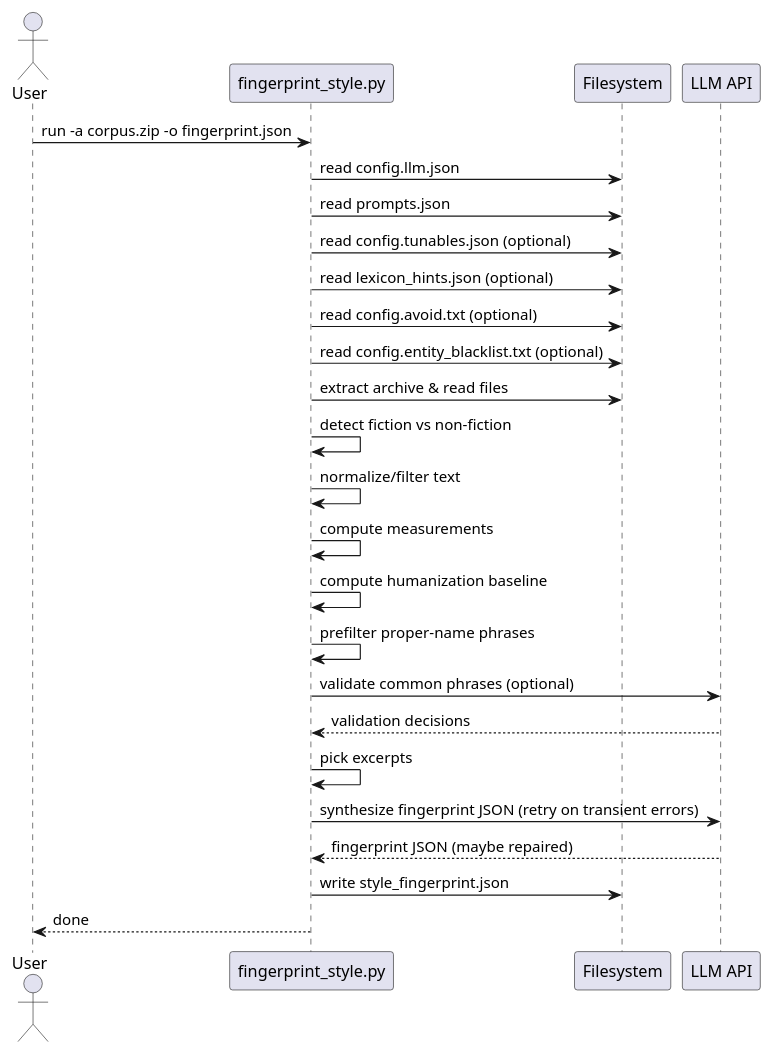
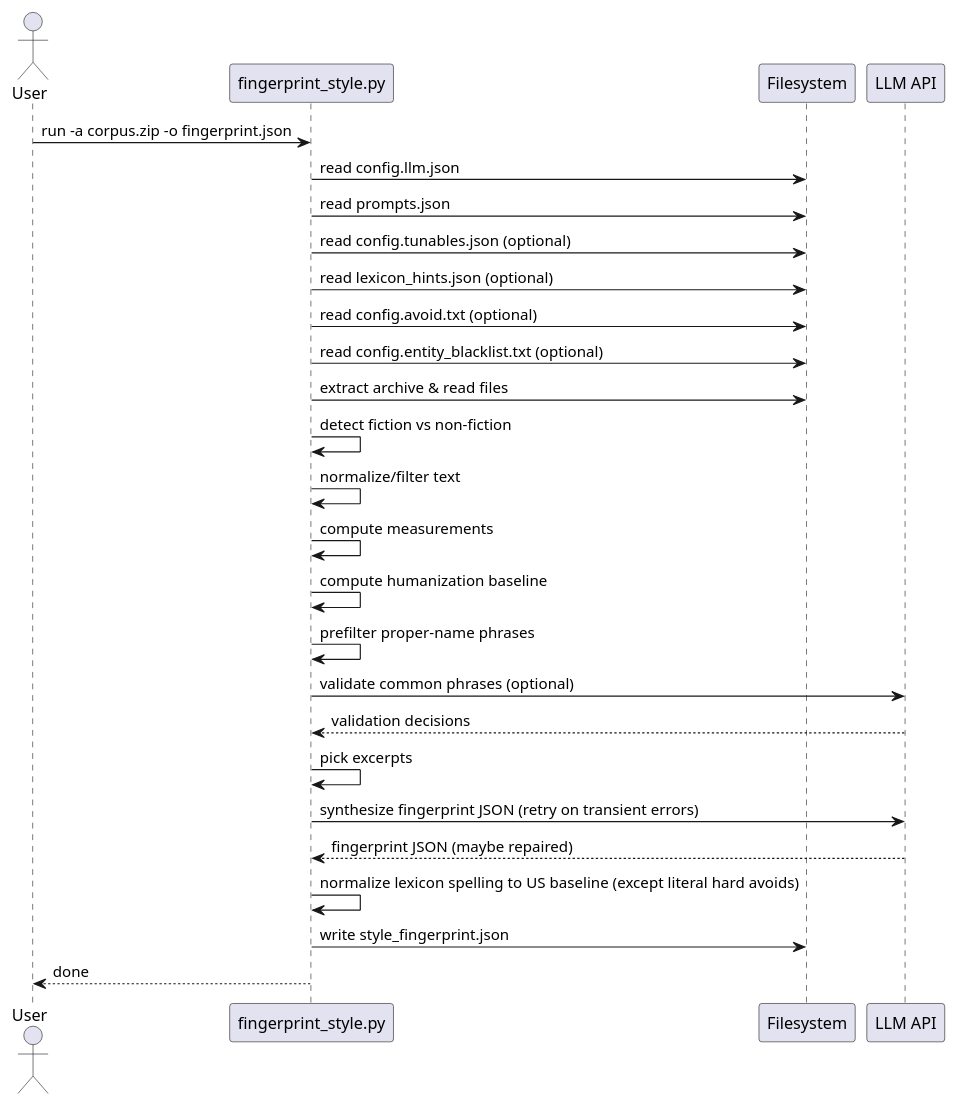
The third of 3 diagrams in UML-Fingerprint.md (ngpepin/stylometric-transfer), drawn with PlantUML before and after one commit. The commit also changed other lines of this file and 11 other files, not shown here.

````diff
--- a/UML-Fingerprint.md
+++ b/UML-Fingerprint.md
@@ -139,29 +140,30 @@
 ```plantuml
 @startuml
 actor User
 participant "fingerprint_style.py" as FS
 participant "Filesystem" as FSYS
 participant "LLM API" as LLM
 
 User -> FS : run -a corpus.zip -o fingerprint.json
 FS -> FSYS : read config.llm.json
 FS -> FSYS : read prompts.json
 FS -> FSYS : read config.tunables.json (optional)
 FS -> FSYS : read lexicon_hints.json (optional)
 FS -> FSYS : read config.avoid.txt (optional)
 FS -> FSYS : read config.entity_blacklist.txt (optional)
 FS -> FSYS : extract archive & read files
 FS -> FS : detect fiction vs non-fiction
 FS -> FS : normalize/filter text
 FS -> FS : compute measurements
 FS -> FS : compute humanization baseline
 FS -> FS : prefilter proper-name phrases
 FS -> LLM : validate common phrases (optional)
 LLM --> FS : validation decisions
 FS -> FS : pick excerpts
 FS -> LLM : synthesize fingerprint JSON (retry on transient errors)
 LLM --> FS : fingerprint JSON (maybe repaired)
+FS -> FS : normalize lexicon spelling to US baseline (except literal hard avoids)
 FS -> FSYS : write style_fingerprint.json
 FS --> User : done
 @enduml
 ```
````
